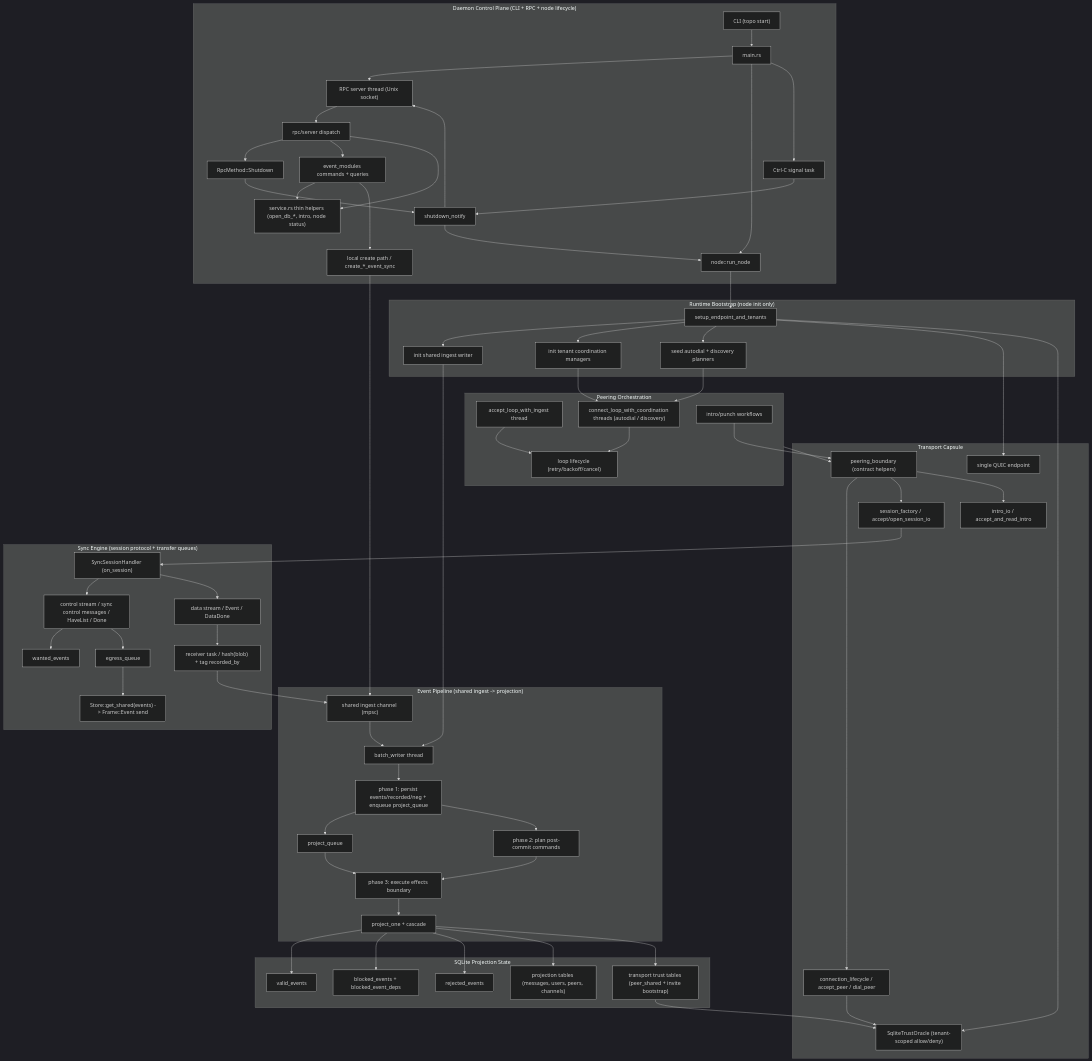
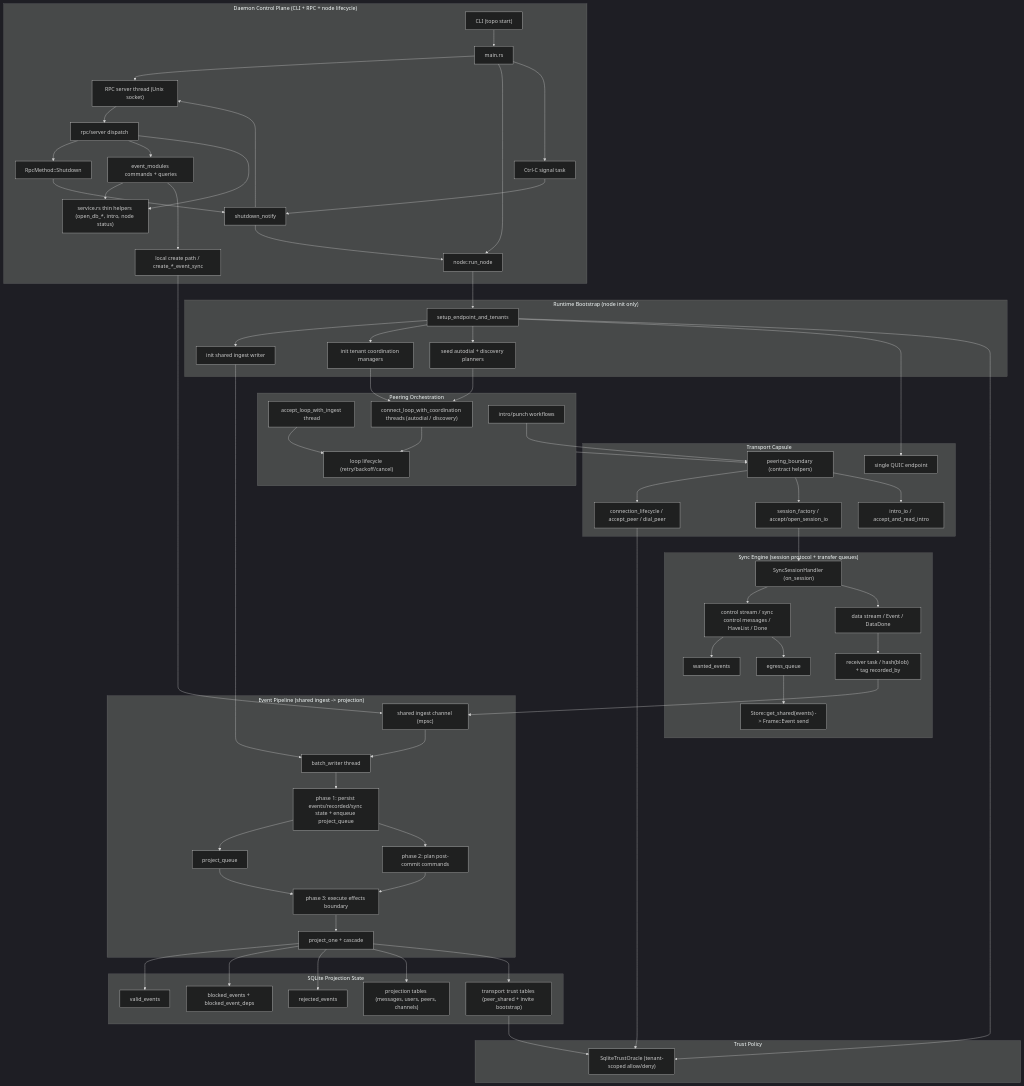
One commit to holmesworcester/topo changed the fifth of 5 diagrams in docs/CURRENT_RUNTIME_DIAGRAM.md. Above: the diagram before and after it, drawn with Mermaid (dark theme). The commit also changed other lines of this file, not shown here.

Commit message:
Refine runtime diagram boundaries and labels

```diff
--- a/docs/CURRENT_RUNTIME_DIAGRAM.md
+++ b/docs/CURRENT_RUNTIME_DIAGRAM.md
@@ -154,7 +154,7 @@
     subgraph PIPE["Event Pipeline (shared ingest -> projection)"]
       LOCAL --> INGEST["shared ingest channel (mpsc)"]
       INGEST --> WRITER["batch_writer thread"]
-      WRITER --> P1["phase 1: persist events/recorded/neg + enqueue project_queue"]
+      WRITER --> P1["phase 1: persist events/recorded/sync state + enqueue project_queue"]
       P1 --> PROJ_Q["project_queue"]
       PROJ_Q --> P3
       P1 --> P2["phase 2: plan post-commit commands"]
@@ -175,9 +175,12 @@
       EP["single QUIC endpoint"]
       BOUND["peering_boundary (contract helpers)"]
       LIFE["connection_lifecycle / accept_peer / dial_peer"]
-      TRUST["SqliteTrustOracle (tenant-scoped allow/deny)"]
       FACT["session_factory / accept/open_session_io"]
       IIO["intro_io / accept_and_read_intro"]
+    end
+
+    subgraph TRUST_POL["Trust Policy"]
+      TRUST["SqliteTrustOracle (tenant-scoped allow/deny)"]
     end
 
     START --> EP
```
